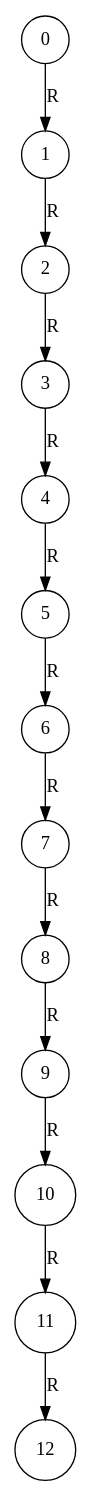
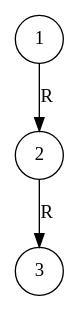
Before and after one commit to HenryD11703/EDD_PROYECTO2_202004071: the diagram in executable/ABBgraph.dot, drawn with Graphviz. The commit also changed 15 other files, not shown here.

```diff
--- a/executable/ABBgraph.dot
+++ b/executable/ABBgraph.dot
@@ -1,28 +1,8 @@
 digraph G{
 node [shape=circle];
-"3024847404144"[label="0"];
-"3024833917504"[label="1"];
-"3024833839184"[label="2"];
-"3024833876080"[label="3"];
-"3024847095248"[label="4"];
-"3024847206992"[label="5"];
-"3024833829648"[label="6"];
-"3024833825504"[label="7"];
-"3024847087056"[label="8"];
-"3024847351600"[label="9"];
-"3024833874928"[label="10"];
-"3024835468192"[label="11"];
-"3024847326896"[label="12"];
-"3024847404144" -> "3024833917504" [label = "R"];
-"3024833917504" -> "3024833839184" [label = "R"];
-"3024833839184" -> "3024833876080" [label = "R"];
-"3024833876080" -> "3024847095248" [label = "R"];
-"3024847095248" -> "3024847206992" [label = "R"];
-"3024847206992" -> "3024833829648" [label = "R"];
-"3024833829648" -> "3024833825504" [label = "R"];
-"3024833825504" -> "3024847087056" [label = "R"];
-"3024847087056" -> "3024847351600" [label = "R"];
-"3024847351600" -> "3024833874928" [label = "R"];
-"3024833874928" -> "3024835468192" [label = "R"];
-"3024835468192" -> "3024847326896" [label = "R"];
+"2540562504032"[label="1"];
+"2540562504304"[label="2"];
+"2540562504672"[label="3"];
+"2540562504032" -> "2540562504304" [label = "R"];
+"2540562504304" -> "2540562504672" [label = "R"];
 }
```
